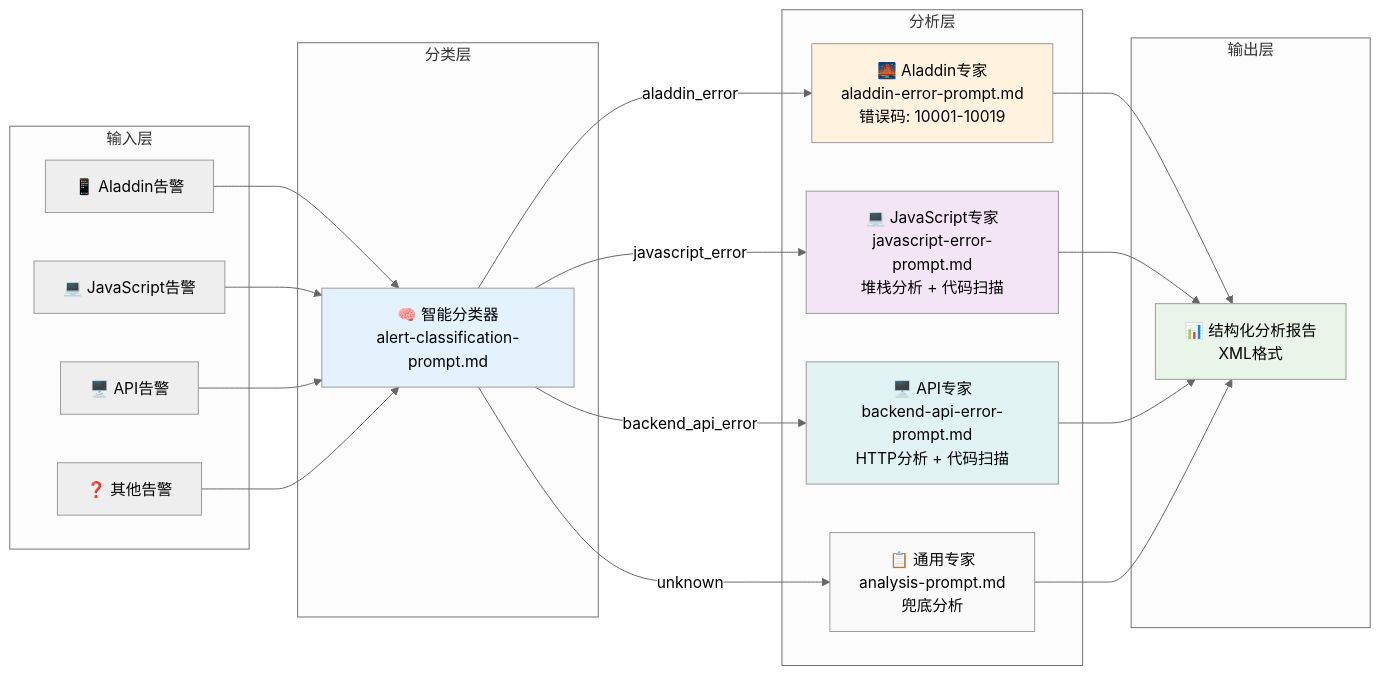
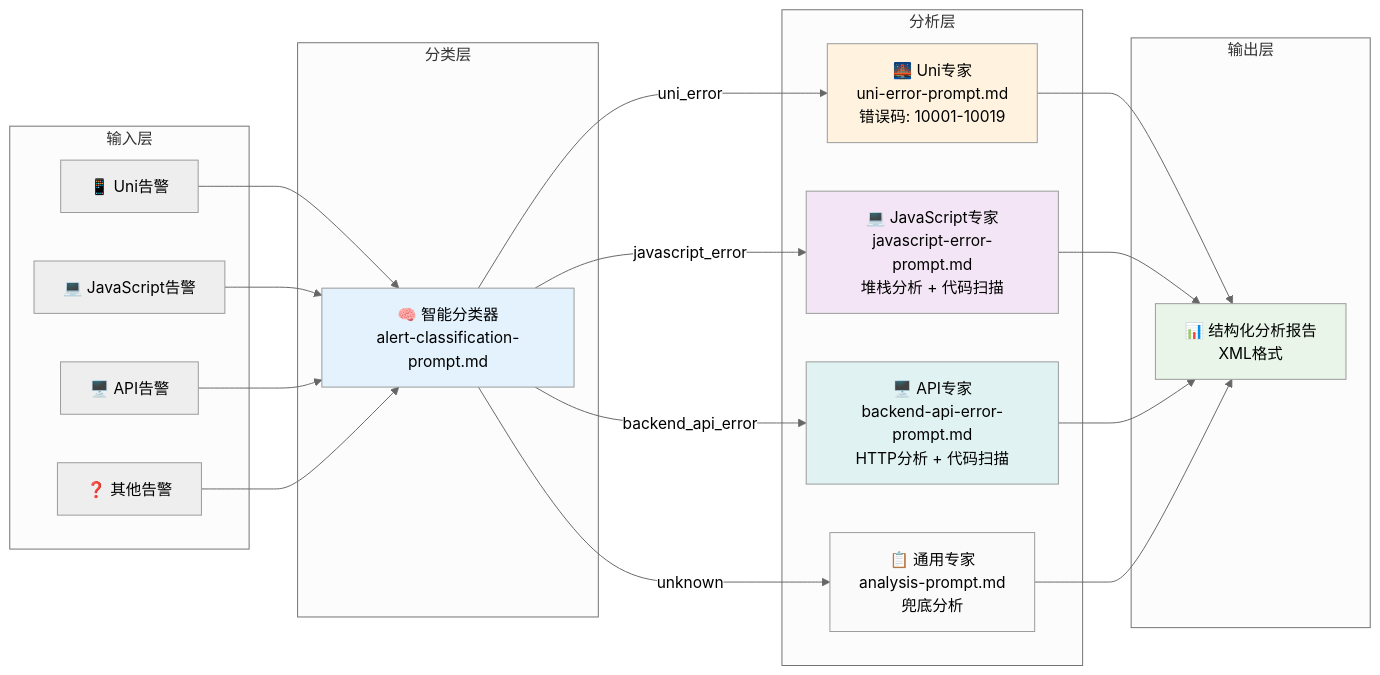
One commit to CheukYuen/learn-agent changed the third of 3 diagrams in crisis/analyze_alert_workflow_guide.md. Above: the diagram before and after it, drawn with Mermaid (neutral theme). The commit also changed other lines of this file and 12 other files, not shown here.

````diff
--- a/crisis/analyze_alert_workflow_guide.md
+++ b/crisis/analyze_alert_workflow_guide.md
@@ -145,46 +145,46 @@
 ```mermaid
 graph LR
     subgraph "输入层"
-        A1["📱 Aladdin告警"]
+        A1["📱 Uni告警"]
         A2["💻 JavaScript告警"] 
         A3["🖥️ API告警"]
         A4["❓ 其他告警"]
     end
     
     subgraph "分类层"
         B["🧠 智能分类器<br/>alert-classification-prompt.md"]
     end
     
     subgraph "分析层"
-        C1["🌉 Aladdin专家<br/>aladdin-error-prompt.md<br/>错误码: 10001-10019"]
+        C1["🌉 Uni专家<br/>uni-error-prompt.md<br/>错误码: 10001-10019"]
         C2["💻 JavaScript专家<br/>javascript-error-prompt.md<br/>堆栈分析 + 代码扫描"]
         C3["🖥️ API专家<br/>backend-api-error-prompt.md<br/>HTTP分析 + 代码扫描"]
         C4["📋 通用专家<br/>analysis-prompt.md<br/>兜底分析"]
     end
     
     subgraph "输出层"
         D["📊 结构化分析报告<br/>XML格式"]
     end
     
     A1 --> B
     A2 --> B
     A3 --> B  
     A4 --> B
     
-    B -->|aladdin_error| C1
+    B -->|uni_error| C1
     B -->|javascript_error| C2
     B -->|backend_api_error| C3
     B -->|unknown| C4
     
     C1 --> D
     C2 --> D
     C3 --> D
     C4 --> D
     
     style B fill:#e3f2fd
     style C1 fill:#fff3e0
     style C2 fill:#f3e5f5
     style C3 fill:#e0f2f1
     style C4 fill:#fafafa
     style D fill:#e8f5e8
 ```
````
